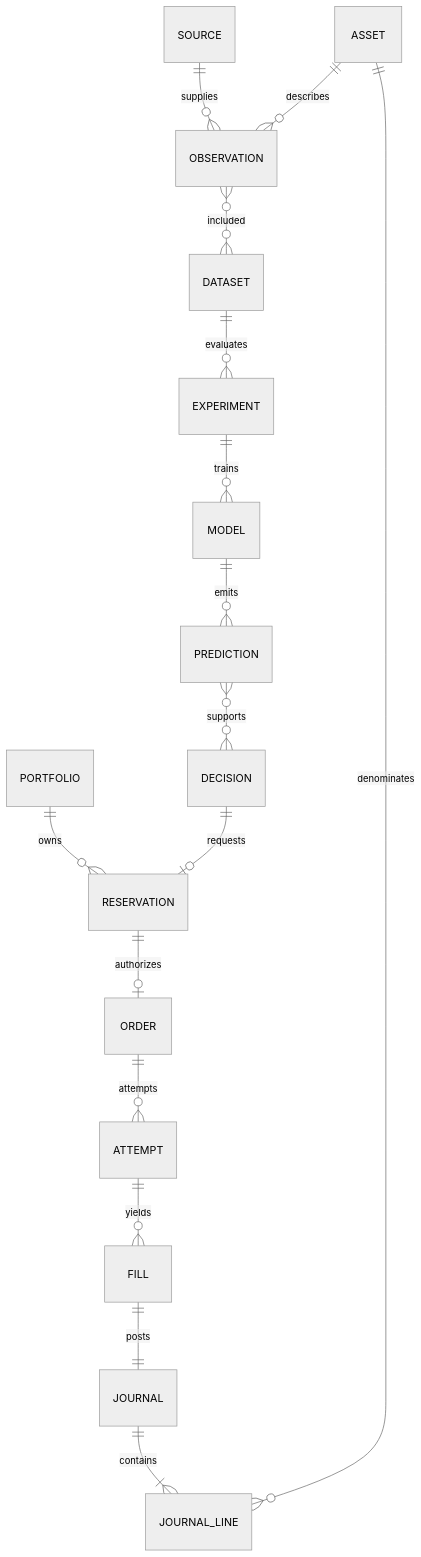
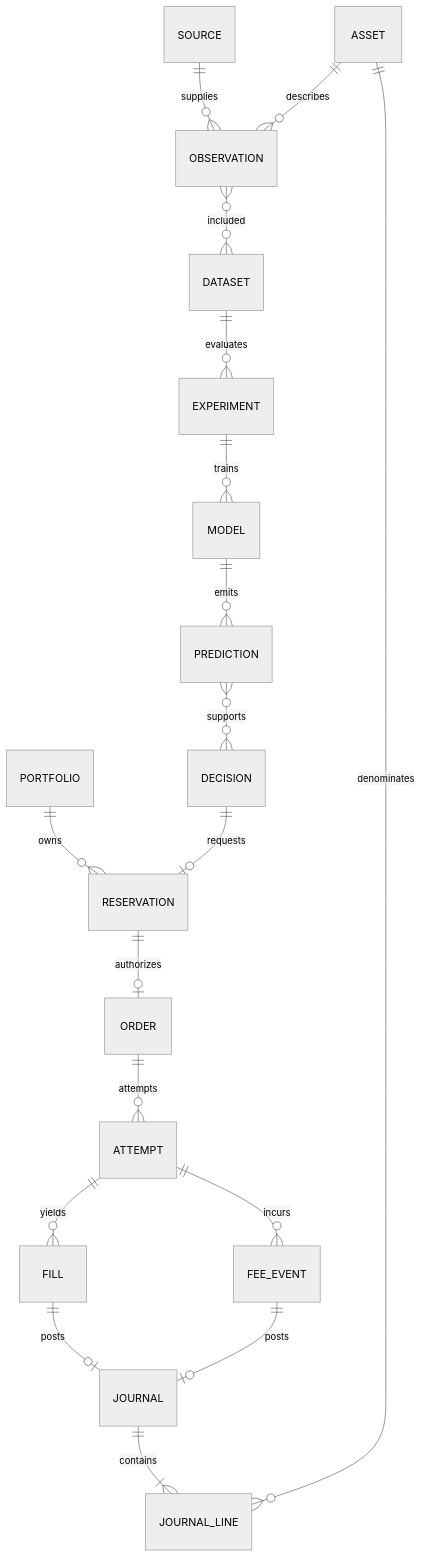
Before and after one commit to SaintWyss/td: the diagram in docs/diagrams/11-entity-relationship.mmd, drawn with Mermaid (neutral theme). The commit also changed 310 other files, not shown here.

```diff
--- a/docs/diagrams/11-entity-relationship.mmd
+++ b/docs/diagrams/11-entity-relationship.mmd
@@ -1,16 +1,18 @@
 erDiagram
   SOURCE ||--o{ OBSERVATION : supplies
   ASSET ||--o{ OBSERVATION : describes
   OBSERVATION }o--o{ DATASET : included
   DATASET ||--o{ EXPERIMENT : evaluates
   EXPERIMENT ||--o{ MODEL : trains
   MODEL ||--o{ PREDICTION : emits
   PREDICTION }o--o{ DECISION : supports
   PORTFOLIO ||--o{ RESERVATION : owns
   DECISION ||--o| RESERVATION : requests
   RESERVATION ||--o| ORDER : authorizes
   ORDER ||--o{ ATTEMPT : attempts
   ATTEMPT ||--o{ FILL : yields
-  FILL ||--|| JOURNAL : posts
+  FILL ||--o| JOURNAL : posts
+  ATTEMPT ||--o{ FEE_EVENT : incurs
+  FEE_EVENT ||--o| JOURNAL : posts
   JOURNAL ||--|{ JOURNAL_LINE : contains
   ASSET ||--o{ JOURNAL_LINE : denominates
```
